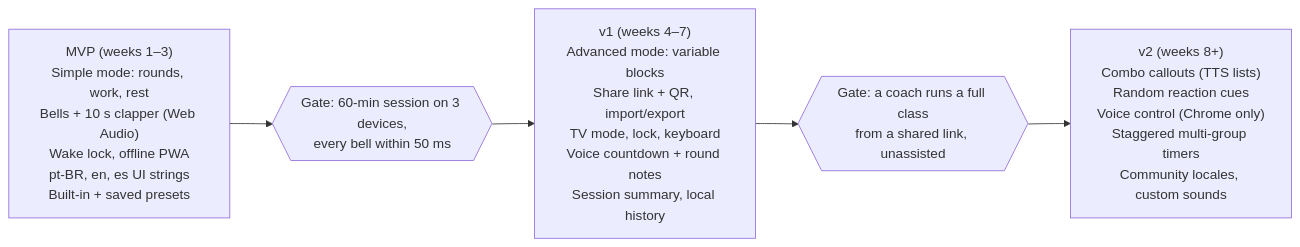
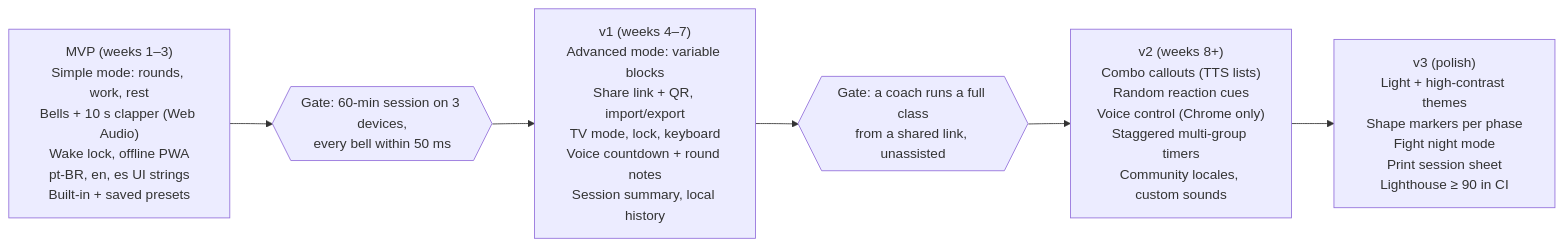
Before and after one commit to localhostloco/fight-timer: the second of 2 diagrams in docs/BLUEPRINT.md, drawn with Mermaid. The commit also changed other lines of this file and 16 other files, not shown here.

First line of the commit message:
v3: themes, colour-blind safe phase shapes, fight night mode, print sheet, Lighthouse in CI

````diff
--- a/docs/BLUEPRINT.md
+++ b/docs/BLUEPRINT.md
@@ -329,9 +329,10 @@
 ```mermaid
 flowchart LR
   MVP["MVP (weeks 1–3)<br/>Simple mode: rounds, work, rest<br/>Bells + 10 s clapper (Web Audio)<br/>Wake lock, offline PWA<br/>pt-BR, en, es UI strings<br/>Built-in + saved presets"]
   G1{{"Gate: 60-min session on 3 devices,<br/>every bell within 50 ms"}}
   V1["v1 (weeks 4–7)<br/>Advanced mode: variable blocks<br/>Share link + QR, import/export<br/>TV mode, lock, keyboard<br/>Voice countdown + round notes<br/>Session summary, local history"]
   G2{{"Gate: a coach runs a full class<br/>from a shared link, unassisted"}}
   V2["v2 (weeks 8+)<br/>Combo callouts (TTS lists)<br/>Random reaction cues<br/>Voice control (Chrome only)<br/>Staggered multi-group timers<br/>Community locales, custom sounds"]
-  MVP --> G1 --> V1 --> G2 --> V2
+  V3["v3 (polish)<br/>Light + high-contrast themes<br/>Shape markers per phase<br/>Fight night mode<br/>Print session sheet<br/>Lighthouse ≥ 90 in CI"]
+  MVP --> G1 --> V1 --> G2 --> V2 --> V3
 ```
````
